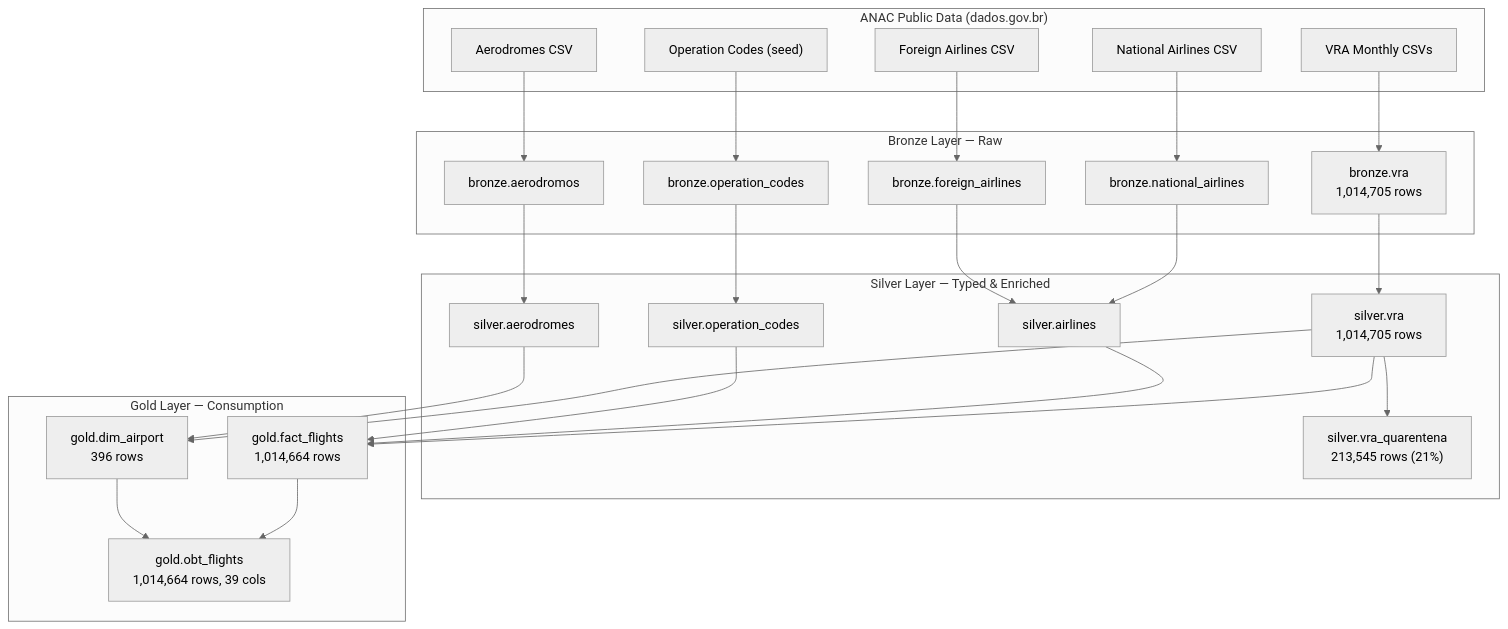
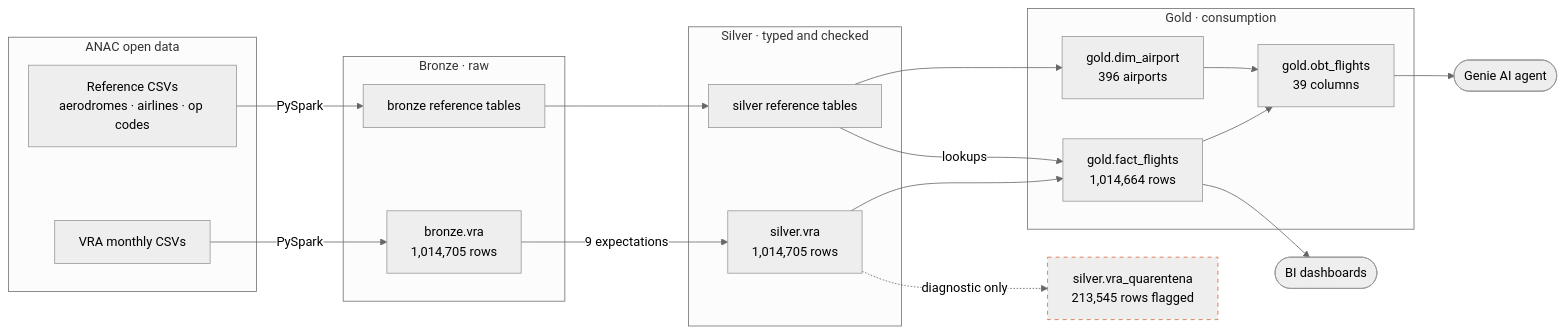
One commit to strohergustavo/anac-data-platform changed the diagram in README.md. Above: the diagram before and after it, drawn with Mermaid (neutral theme). The commit also changed other lines of this file, not shown here.

Commit message:
Clearer architecture diagram and cleaner prose

````diff
--- a/README.md
+++ b/README.md
@@ -15,53 +15,43 @@
 ```mermaid
-graph TD
-    subgraph Sources["ANAC Public Data (dados.gov.br)"]
-        VRA["VRA Monthly CSVs"]
-        AER["Aerodromes CSV"]
-        NAT["National Airlines CSV"]
-        FOR["Foreign Airlines CSV"]
-        OPC["Operation Codes (seed)"]
+flowchart LR
+    subgraph SRC["ANAC open data"]
+        VRA["VRA monthly CSVs"]
+        REF["Reference CSVs<br/>aerodromes · airlines · op codes"]
     end
 
-    subgraph Bronze["Bronze Layer — Raw"]
+    subgraph BRZ["Bronze · raw"]
         BV["bronze.vra<br/>1,014,705 rows"]
-        BA["bronze.aerodromos"]
-        BN["bronze.national_airlines"]
-        BF["bronze.foreign_airlines"]
-        BO["bronze.operation_codes"]
+        BR["bronze reference tables"]
     end
 
-    subgraph Silver["Silver Layer — Typed & Enriched"]
+    subgraph SLV["Silver · typed and checked"]
         SV["silver.vra<br/>1,014,705 rows"]
-        SA["silver.aerodromes"]
-        SL["silver.airlines"]
-        SO["silver.operation_codes"]
-        SQ["silver.vra_quarentena<br/>213,545 rows (21%)"]
+        SR["silver reference tables"]
     end
 
-    subgraph Gold["Gold Layer — Consumption"]
+    subgraph GLD["Gold · consumption"]
         GF["gold.fact_flights<br/>1,014,664 rows"]
-        GD["gold.dim_airport<br/>396 rows"]
-        GO["gold.obt_flights<br/>1,014,664 rows, 39 cols"]
+        GD["gold.dim_airport<br/>396 airports"]
+        GO["gold.obt_flights<br/>39 columns"]
     end
 
-    VRA --> BV
-    AER --> BA
-    NAT --> BN
-    FOR --> BF
-    OPC --> BO
+    SQ["silver.vra_quarentena<br/>213,545 rows flagged"]
+    BI(["BI dashboards"])
+    GN(["Genie AI agent"])
 
-    BV --> SV
-    BA --> SA
-    BN --> SL
-    BF --> SL
-    BO --> SO
-    SV --> SQ
-
+    VRA -->|PySpark| BV
+    REF -->|PySpark| BR
+    BV -->|9 expectations| SV
+    BR --> SR
     SV --> GF
-    SL --> GF
-    SO --> GF
-    SV --> GD
-    SA --> GD
+    SR -->|lookups| GF
+    SR --> GD
     GF --> GO
     GD --> GO
+    GF --> BI
+    GO --> GN
+    SV -.->|diagnostic only| SQ
+
+    classDef quarantine stroke:#D9663E,stroke-dasharray:5 5
+    class SQ quarantine
 ```
````
